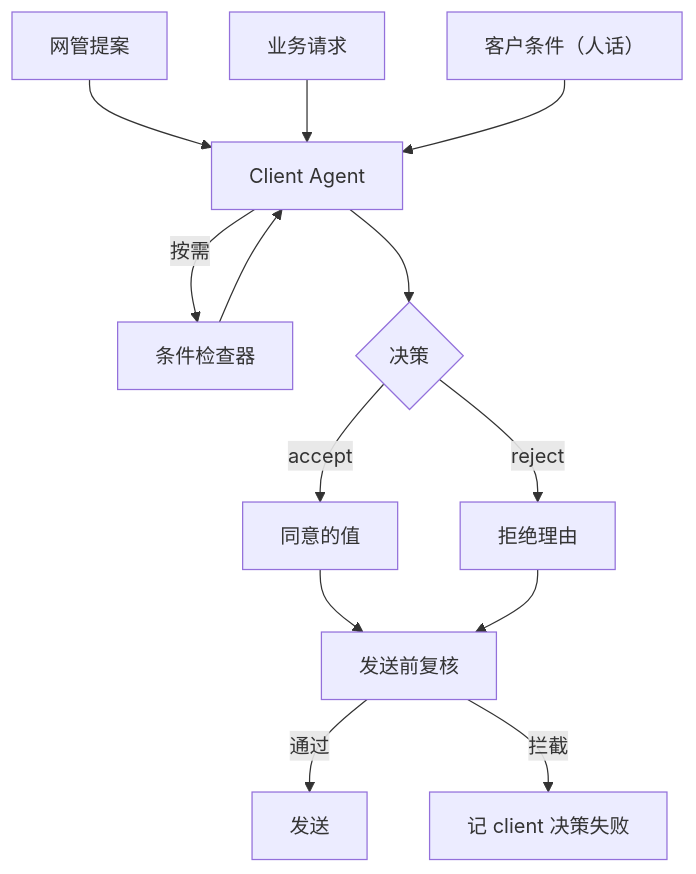
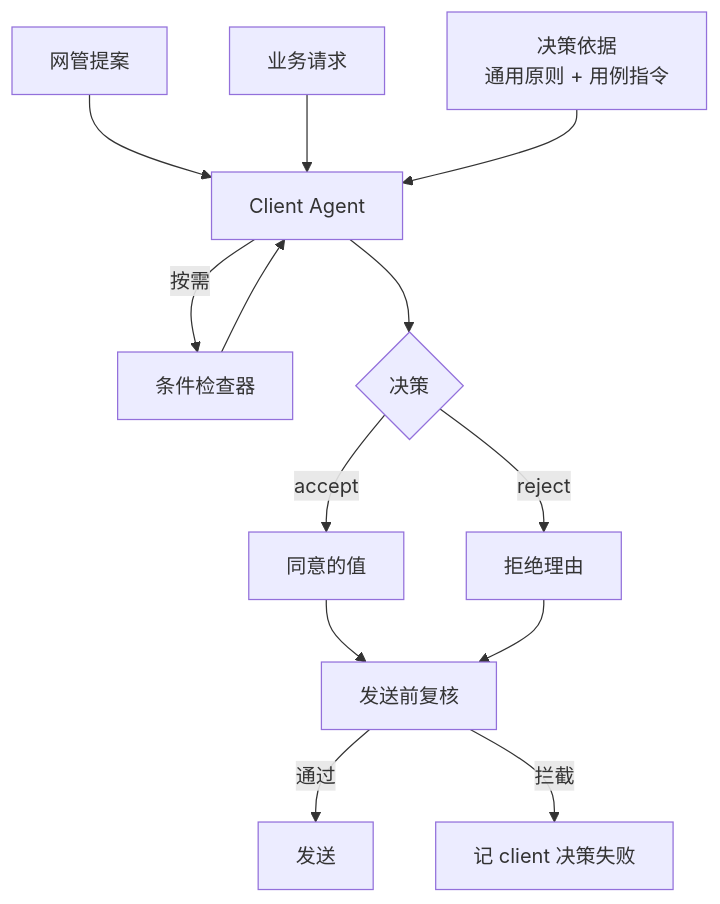
The eighth of 11 diagrams in a2a-t-sample/ran-energy-saving/TESTER-ARCHITECTURE.md (project-openan/a2a-t-sdk-python), drawn with Mermaid before and after one commit. The commit also changed other lines of this file, not shown here.

````diff
--- a/a2a-t-sample/ran-energy-saving/TESTER-ARCHITECTURE.md
+++ b/a2a-t-sample/ran-energy-saving/TESTER-ARCHITECTURE.md
@@ -331,15 +349,15 @@
 ```mermaid
 flowchart TB
   N["网管提案"] --> A["Client Agent"]
   Q["业务请求"] --> A
-  C["客户条件（人话）"] --> A
+  C["决策依据<br/>通用原则 + 用例指令"] --> A
   A -- "按需" --> K["条件检查器"]
   K --> A
   A --> D{"决策"}
   D -- "accept" --> V["同意的值"]
   D -- "reject" --> X["拒绝理由"]
   V --> G["发送前复核"]
   X --> G
   G -- "通过" --> S["发送"]
   G -- "拦截" --> F["记 client 决策失败"]
 ```
````
